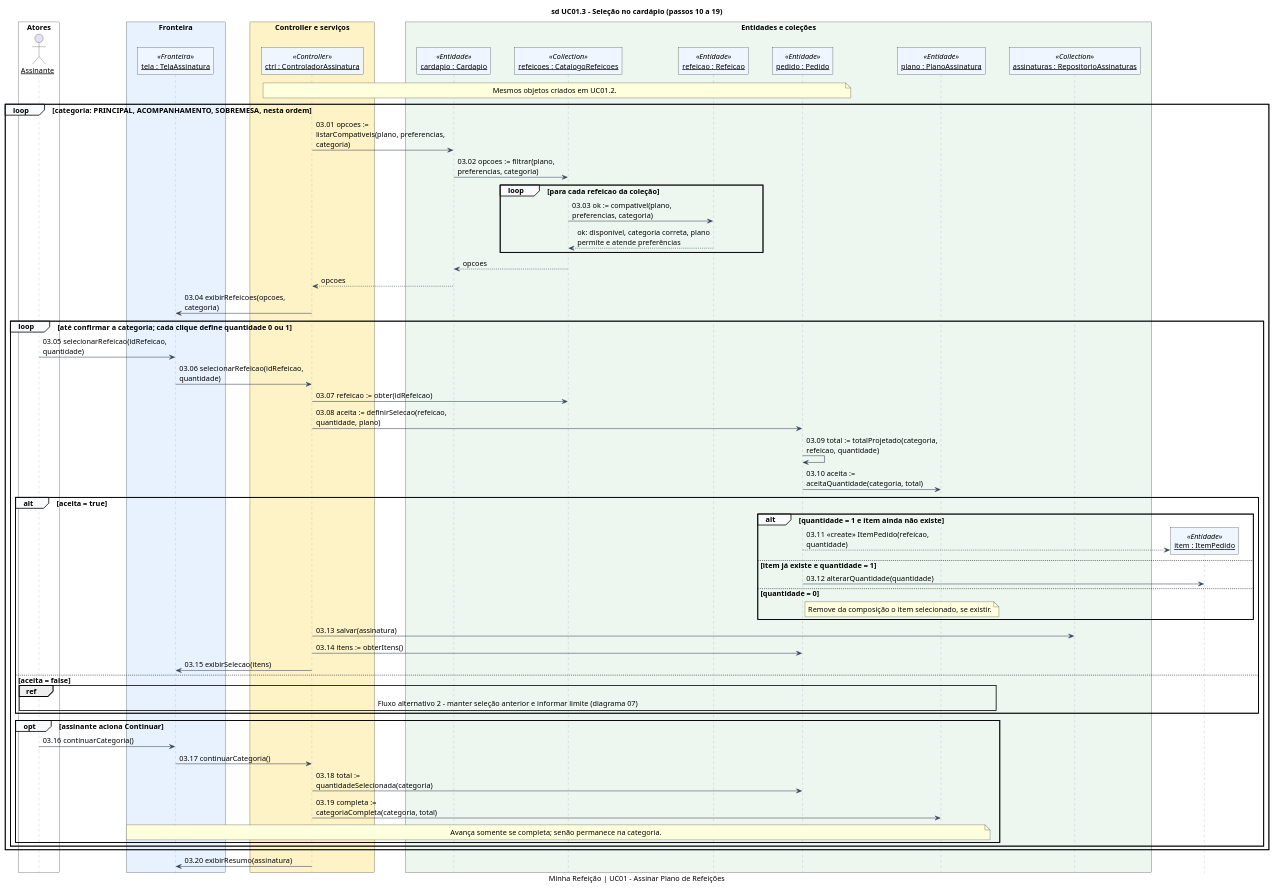
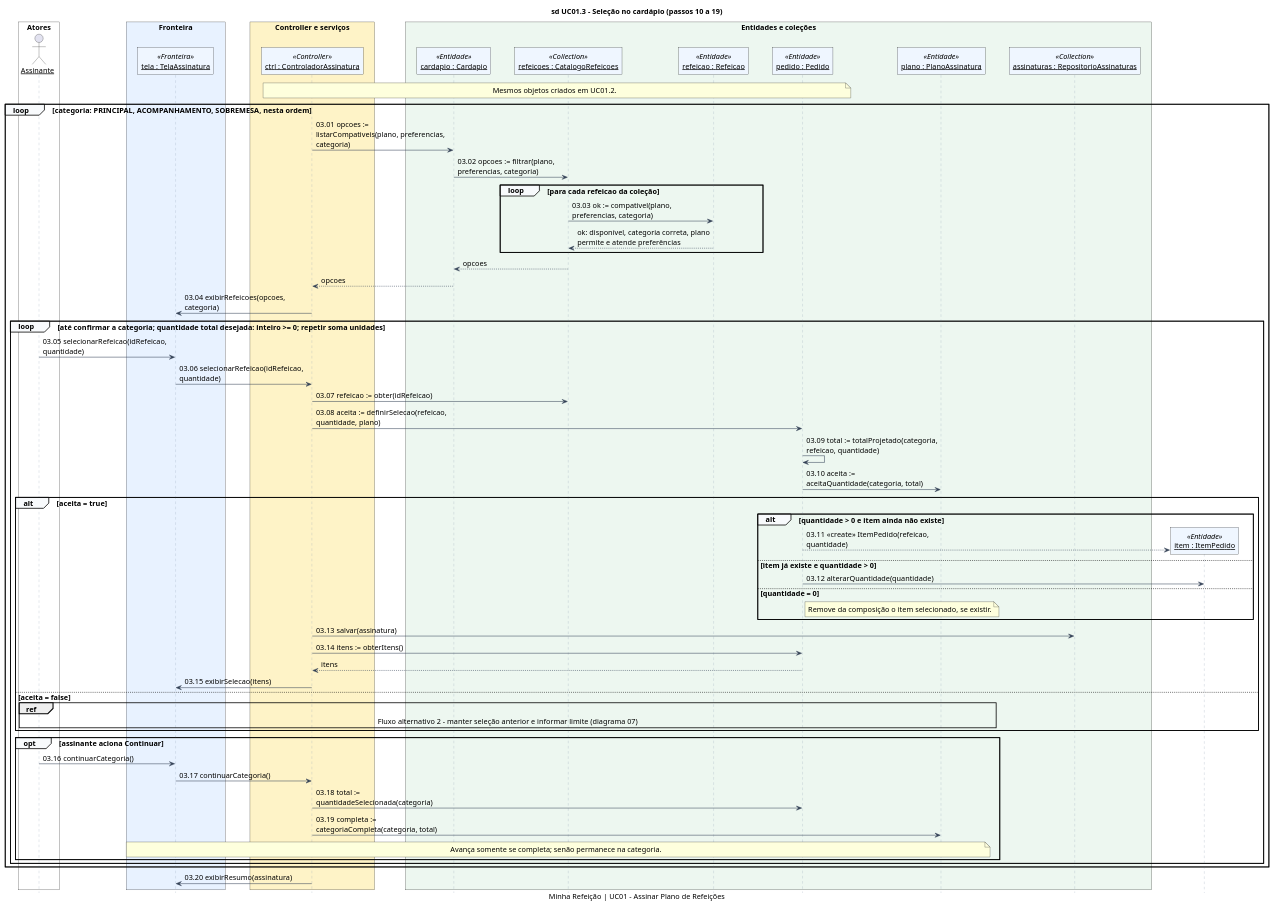
One commit to Felipevhonorato/ProjSoft-Entrega1---Prot-tipo-Sequencia-de-telas-e-Lista-de-classes-candidatas-Identificadas changed the third of 19 diagrams in entrega4/docs/uml/Modelos.md. Above: the diagram before and after it, drawn with PlantUML. The commit also changed other lines of this file, not shown here.

Commit message:
Sincroniza as fontes UML dos refinamentos de seleção e endereço

```diff
--- a/entrega4/docs/uml/Modelos.md
+++ b/entrega4/docs/uml/Modelos.md
@@ -194,7 +194,7 @@
 cr --> ca : opcoes
 ca --> c : opcoes
 c -> t : 03.04 exibirRefeicoes(opcoes, categoria)
-loop até confirmar a categoria; cada clique define quantidade 0 ou 1
+loop até confirmar a categoria; quantidade total desejada: inteiro >= 0; repetir soma unidades
 u -> t : 03.05 selecionarRefeicao(idRefeicao, quantidade)
 t -> c : 03.06 selecionarRefeicao(idRefeicao, quantidade)
 c -> cr : 03.07 refeicao := obter(idRefeicao)
@@ -202,16 +202,17 @@
 p -> p : 03.09 total := totalProjetado(categoria, refeicao, quantidade)
 p -> pl : 03.10 aceita := aceitaQuantidade(categoria, total)
 alt aceita = true
-alt quantidade = 1 e item ainda não existe
+alt quantidade > 0 e item ainda não existe
 create participant "item : ItemPedido" as i <<Entidade>>
 p --> i : 03.11 «create» ItemPedido(refeicao, quantidade)
-else item já existe e quantidade = 1
+else item já existe e quantidade > 0
 p -> i : 03.12 alterarQuantidade(quantidade)
 else quantidade = 0
 note right of p : Remove da composição o item selecionado, se existir.
 end
 c -> rs : 03.13 salvar(assinatura)
 c -> p : 03.14 itens := obterItens()
+p --> c : itens
 c -> t : 03.15 exibirSelecao(itens)
 else aceita = false
 ref over u,t,c,p,pl : Fluxo alternativo 2 - manter seleção anterior e informar limite (diagrama 07)
```
